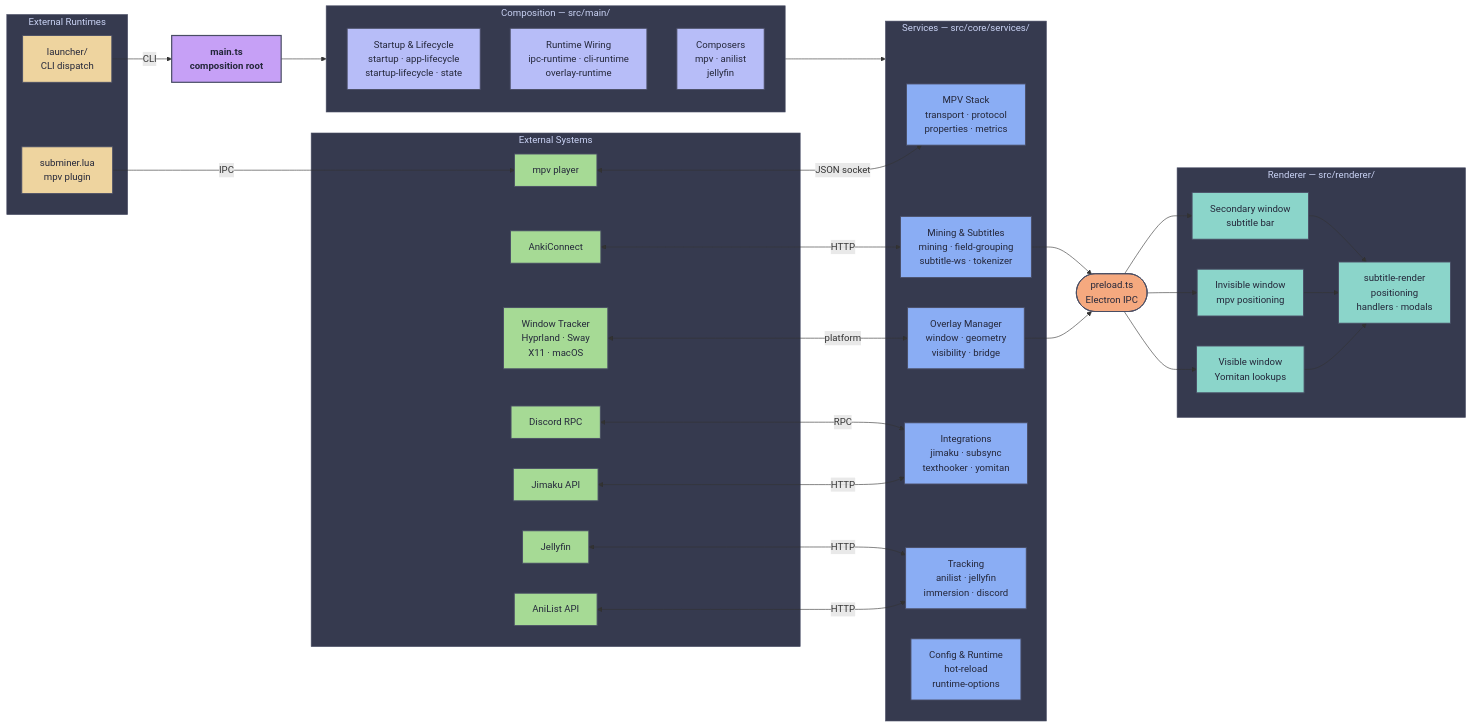
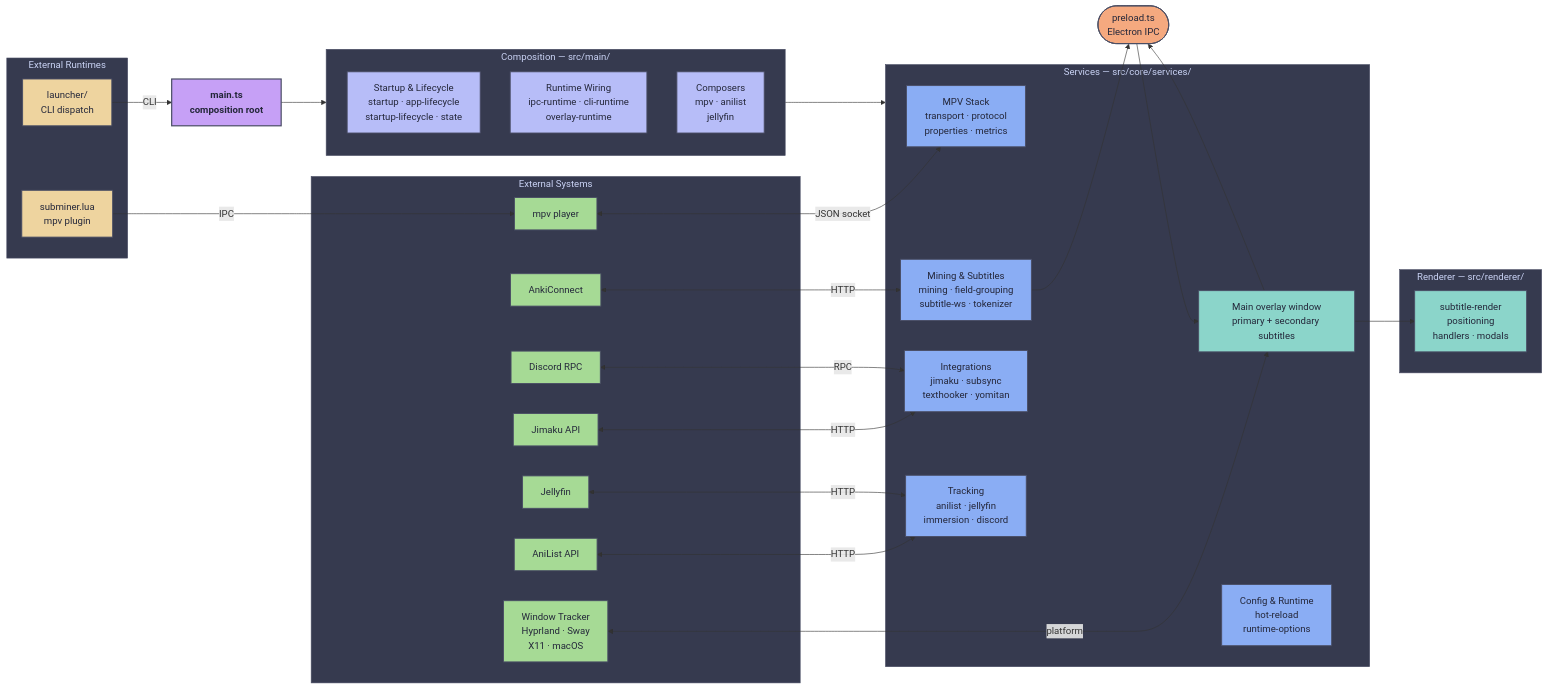
Before and after one commit to ksyasuda/SubMiner: the first of 2 diagrams in docs/architecture.md, drawn with Mermaid. The commit also changed other lines of this file and 47 other files, not shown here.

Commit message:
feat: bind overlay state to secondary subtitle mpv visibility

````diff
--- a/docs/architecture.md
+++ b/docs/architecture.md
@@ -130,77 +129,73 @@
 ```mermaid
 flowchart LR
   classDef entry fill:#c6a0f6,stroke:#494d64,color:#24273a,stroke-width:2px,font-weight:bold
   classDef comp fill:#b7bdf8,stroke:#494d64,color:#24273a,stroke-width:1.5px
   classDef svc fill:#8aadf4,stroke:#494d64,color:#24273a,stroke-width:1.5px
   classDef bridge fill:#f5a97f,stroke:#494d64,color:#24273a,stroke-width:1.5px
   classDef rend fill:#8bd5ca,stroke:#494d64,color:#24273a,stroke-width:1.5px
   classDef ext fill:#a6da95,stroke:#494d64,color:#24273a,stroke-width:1.5px
   classDef extrt fill:#eed49f,stroke:#494d64,color:#24273a,stroke-width:1.5px
 
   subgraph ExtRt["External Runtimes"]
     Launcher["launcher/<br/>CLI dispatch"]:::extrt
     Plugin["subminer.lua<br/>mpv plugin"]:::extrt
   end
 
   subgraph Ext["External Systems"]
     mpvExt["mpv player"]:::ext
     AnkiExt["AnkiConnect"]:::ext
     JimakuExt["Jimaku API"]:::ext
     TrackerExt["Window Tracker<br/>Hyprland · Sway<br/>X11 · macOS"]:::ext
     AnilistExt["AniList API"]:::ext
     JellyfinExt["Jellyfin"]:::ext
     DiscordExt["Discord RPC"]:::ext
   end
 
   Main["main.ts<br/>composition root"]:::entry
 
   subgraph Comp["Composition — src/main/"]
     Startup["Startup & Lifecycle<br/>startup · app-lifecycle<br/>startup-lifecycle · state"]:::comp
     Wiring["Runtime Wiring<br/>ipc-runtime · cli-runtime<br/>overlay-runtime"]:::comp
     Composers["Composers<br/>mpv · anilist<br/>jellyfin"]:::comp
   end
 
   subgraph Svc["Services — src/core/services/"]
     Mpv["MPV Stack<br/>transport · protocol<br/>properties · metrics"]:::svc
-    Overlay["Overlay Manager<br/>window · geometry<br/>visibility · bridge"]:::svc
+    Overlay["Overlay Manager<br/>window · visibility · bridge"]:::svc
     Mining["Mining & Subtitles<br/>mining · field-grouping<br/>subtitle-ws · tokenizer"]:::svc
     Integrations["Integrations<br/>jimaku · subsync<br/>texthooker · yomitan"]:::svc
     Tracking["Tracking<br/>anilist · jellyfin<br/>immersion · discord"]:::svc
     Config["Config & Runtime<br/>hot-reload<br/>runtime-options"]:::svc
   end
 
   Bridge(["preload.ts<br/>Electron IPC"]):::bridge
 
   subgraph Rend["Renderer — src/renderer/"]
-    Visible["Visible window<br/>Yomitan lookups"]:::rend
-    Invisible["Invisible window<br/>mpv positioning"]:::rend
-    Secondary["Secondary window<br/>subtitle bar"]:::rend
+    Overlay["Main overlay window<br/>primary + secondary subtitles"]:::rend
     UI["subtitle-render<br/>positioning<br/>handlers · modals"]:::rend
   end
 
   Launcher -->|"CLI"| Main
   Plugin -->|"IPC"| mpvExt
 
   Main --> Comp
   Comp --> Svc
 
   mpvExt <-->|"JSON socket"| Mpv
   AnkiExt <-->|"HTTP"| Mining
   JimakuExt <-->|"HTTP"| Integrations
   TrackerExt <-->|"platform"| Overlay
   AnilistExt <-->|"HTTP"| Tracking
   JellyfinExt <-->|"HTTP"| Tracking
   DiscordExt <-->|"RPC"| Integrations
 
   Overlay & Mining --> Bridge
-  Bridge --> Visible
-  Bridge --> Invisible
-  Bridge --> Secondary
-  Visible & Invisible & Secondary --> UI
+  Bridge --> Overlay
+  Overlay --> UI
 
   style Comp fill:#363a4f,stroke:#494d64,color:#cad3f5
   style Svc fill:#363a4f,stroke:#494d64,color:#cad3f5
   style Rend fill:#363a4f,stroke:#494d64,color:#cad3f5
   style Ext fill:#363a4f,stroke:#494d64,color:#cad3f5
   style ExtRt fill:#363a4f,stroke:#494d64,color:#cad3f5
 ```
````
